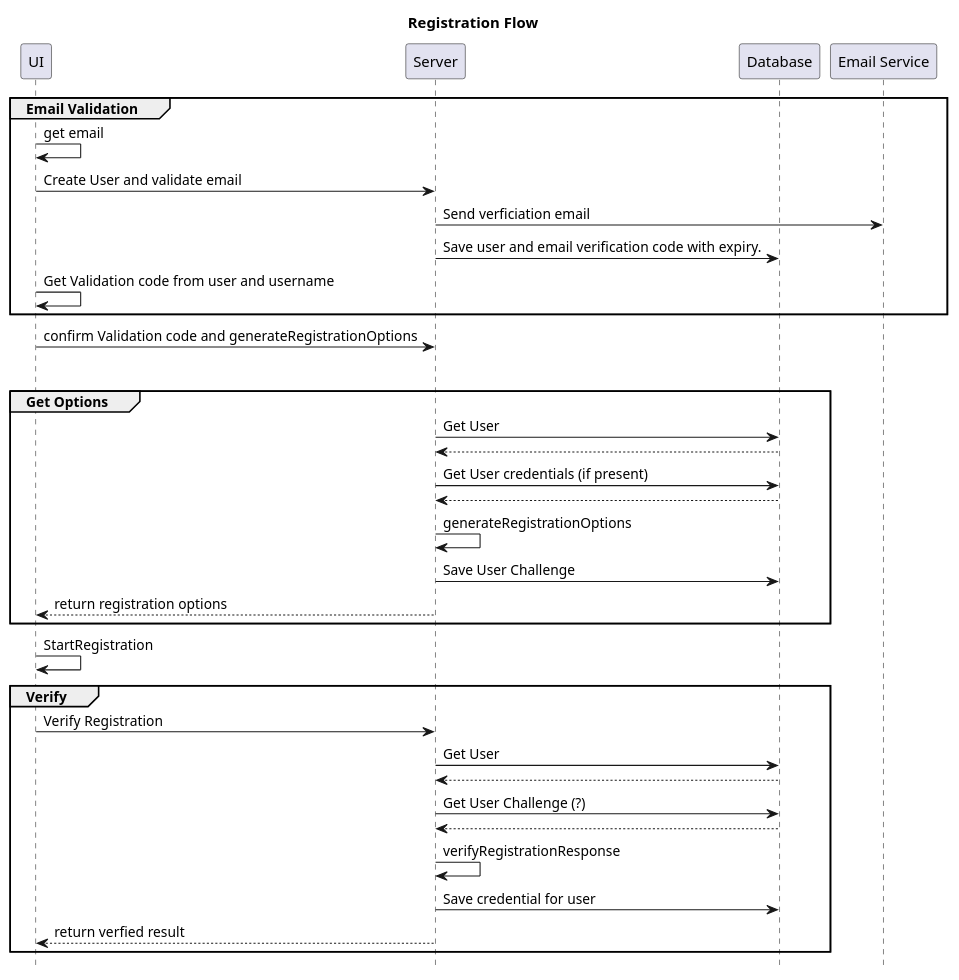
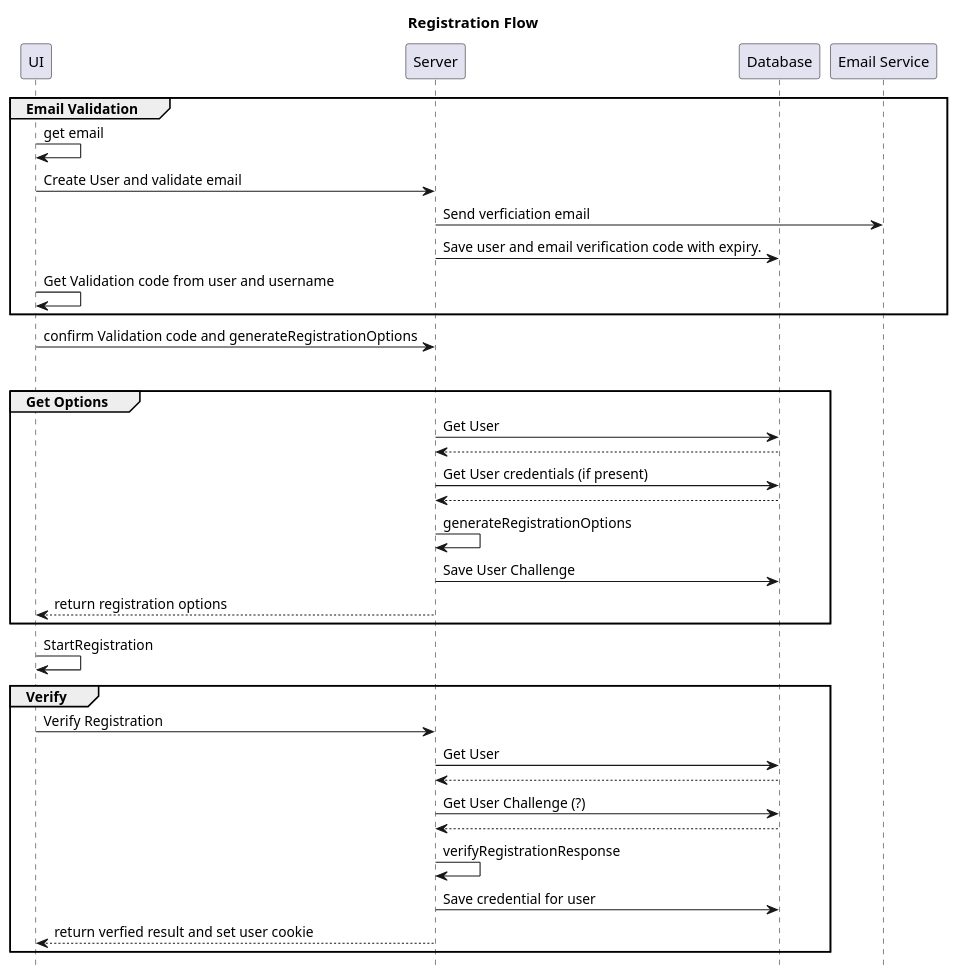
The diagram in server/Designs/RegistrationFlow.plantuml (rpg2014/iron-spider-3.0), drawn with PlantUML before and after one commit. The commit also changed 37 other files, not shown here.

```diff
--- a/server/Designs/RegistrationFlow.plantuml
+++ b/server/Designs/RegistrationFlow.plantuml
@@ -1,47 +1,47 @@
 @startuml
 participant UI
 participant Server
 participant Database
 participant "Email Service" as EM
 
 title Registration Flow
 
 group Email Validation
 UI -> UI: get email
 UI -> Server: Create User and validate email
 Server -> EM: Send verficiation email
 Server -> Database: Save user and email verification code with expiry.
 UI -> UI: Get Validation code from user and username
 end group
 
 UI -> Server: confirm Validation code and generateRegistrationOptions
 
 group Registration
 group Get Options
 Server -> Database: Get User
 Database --> Server
 Server -> Database: Get User credentials (if present)
 Database --> Server
 Server -> Server: generateRegistrationOptions
 Server -> Database: Save User Challenge
 Server --> UI: return registration options
 end Options
 UI -> UI: StartRegistration
 group Verify
 UI -> Server: Verify Registration 
 Server -> Database: Get User
 Database --> Server
 Server -> Database: Get User Challenge (?)
 Database --> Server
 Server -> Server: verifyRegistrationResponse
 Server -> Database: Save credential for user
-Server  --> UI: return verfied result
+Server  --> UI: return verfied result and set user cookie
 
 
 end Registration
 
 
 
 hide footbox
 
 @enduml
```
